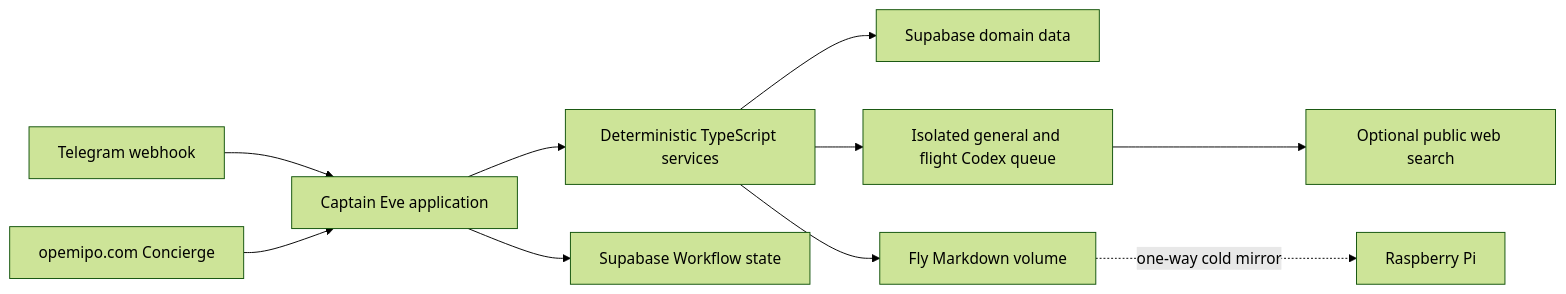
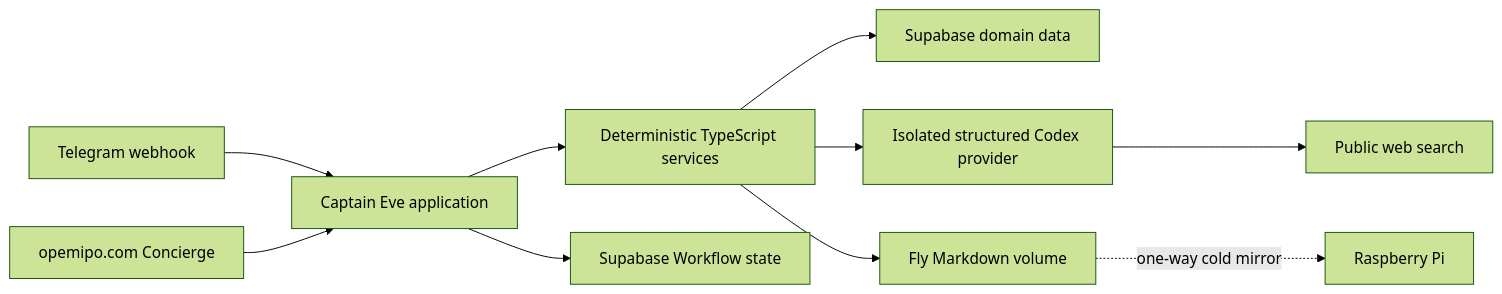
The diagram in docs/architecture.md (moonlight-ng/captain), drawn with Mermaid (forest theme) before and after one commit. The commit also changed other lines of this file and 2 other files, not shown here.

Commit message:
Replace Codex queue with structured research

````diff
--- a/docs/architecture.md
+++ b/docs/architecture.md
@@ -13,12 +13,12 @@
 ```mermaid
 flowchart LR
   Telegram[Telegram webhook] --> Eve[Captain Eve application]
   Concierge[opemipo.com Concierge] --> Eve
   Eve --> Services[Deterministic TypeScript services]
   Eve --> Workflow[Supabase Workflow state]
   Services --> Domain[Supabase domain data]
-  Services --> Codex[Isolated general and flight Codex queue]
-  Codex --> Web[Optional public web search]
+  Services --> Codex[Isolated structured Codex provider]
+  Codex --> Web[Public web search]
   Services --> Memory[Fly Markdown volume]
   Memory -. one-way cold mirror .-> Pi[Raspberry Pi]
 ```
````
